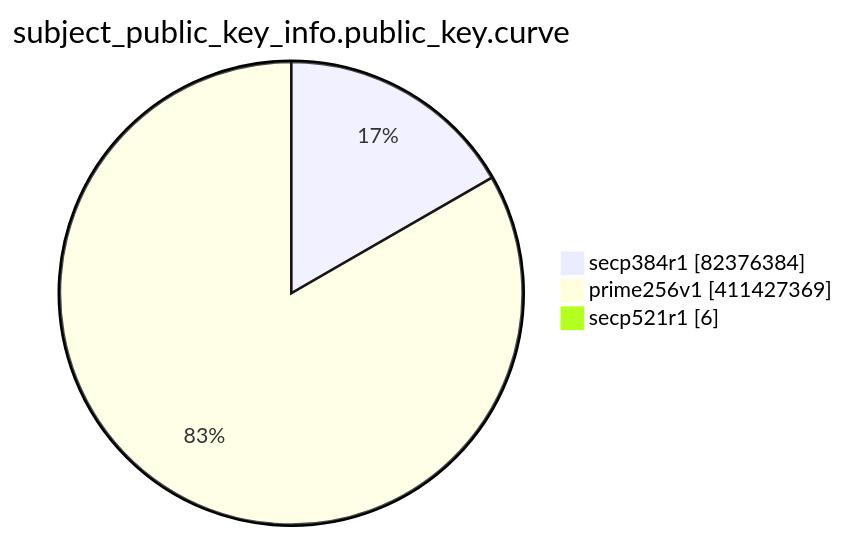
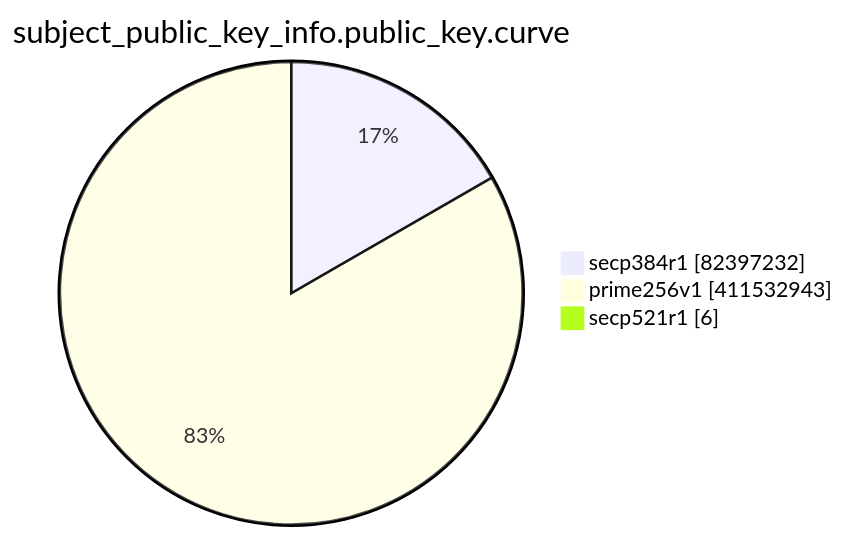
The eighth of 15 diagrams in TOTAL/README.md (christiankrug/ctmonitor_visualization), drawn with Mermaid before and after one commit. The commit also changed other lines of this file, not shown here.

````diff
--- a/TOTAL/README.md
+++ b/TOTAL/README.md
@@ -3097,7 +3097,7 @@
 ```mermaid
 pie showData
 title subject_public_key_info.public_key.curve
-"secp384r1" :82376384
-"prime256v1" :411427369
+"secp384r1" :82397232
+"prime256v1" :411532943
 "secp521r1" :6
 ```
````
